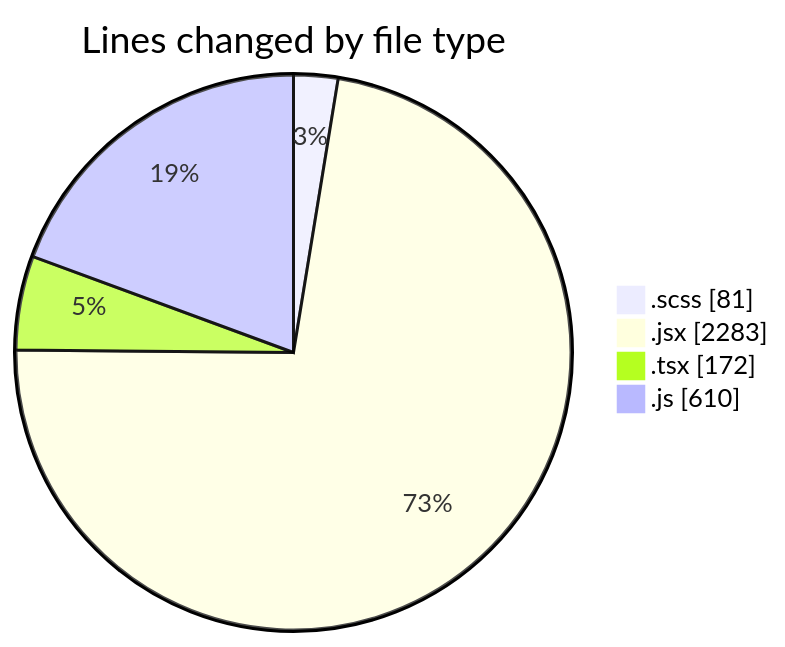
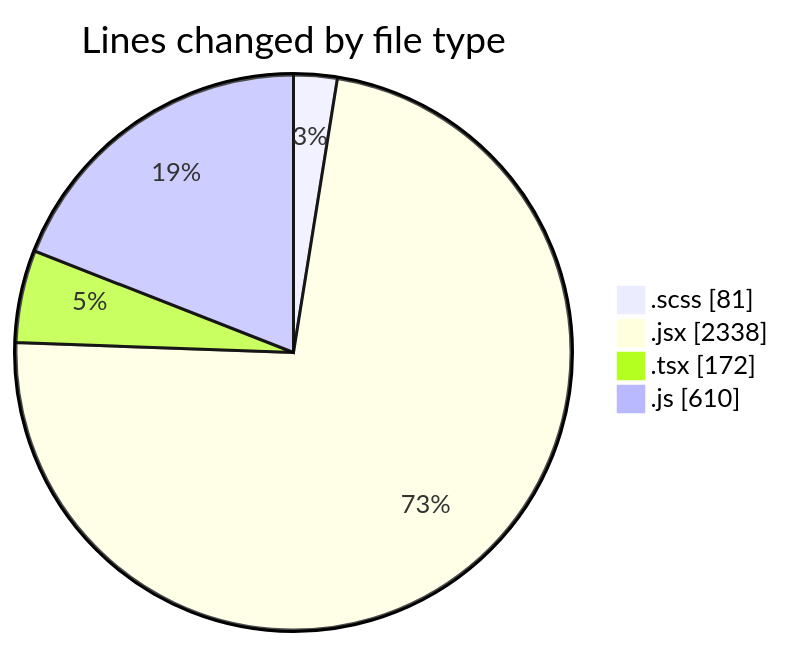
Before and after one commit to momahboobian/code-tracking: the first of 2 diagrams in 2025-06-03/cda/README.md, drawn with Mermaid. The commit also changed other lines of this file and 1 other file, not shown here.

````diff
--- a/2025-06-03/cda/README.md
+++ b/2025-06-03/cda/README.md
@@ -27,8 +27,8 @@
 ```mermaid
 pie showData
 title Lines changed by file type
 ".scss" : 81
-".jsx" : 2283
+".jsx" : 2338
 ".tsx" : 172
 ".js" : 610
 ```
````
